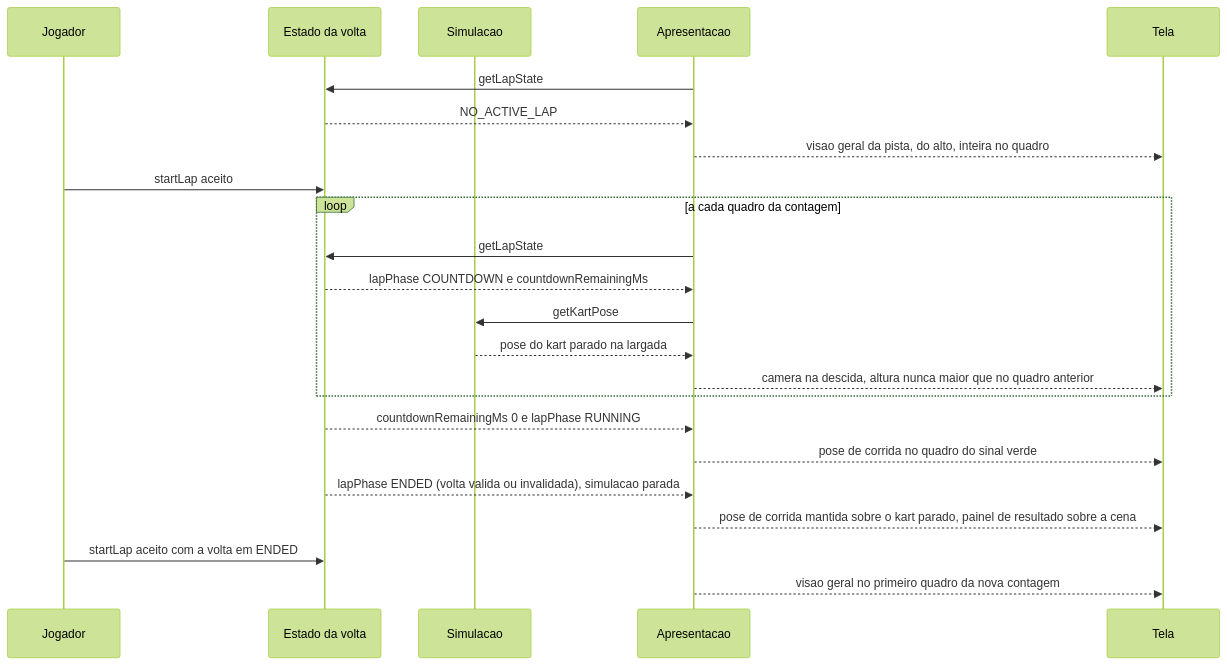
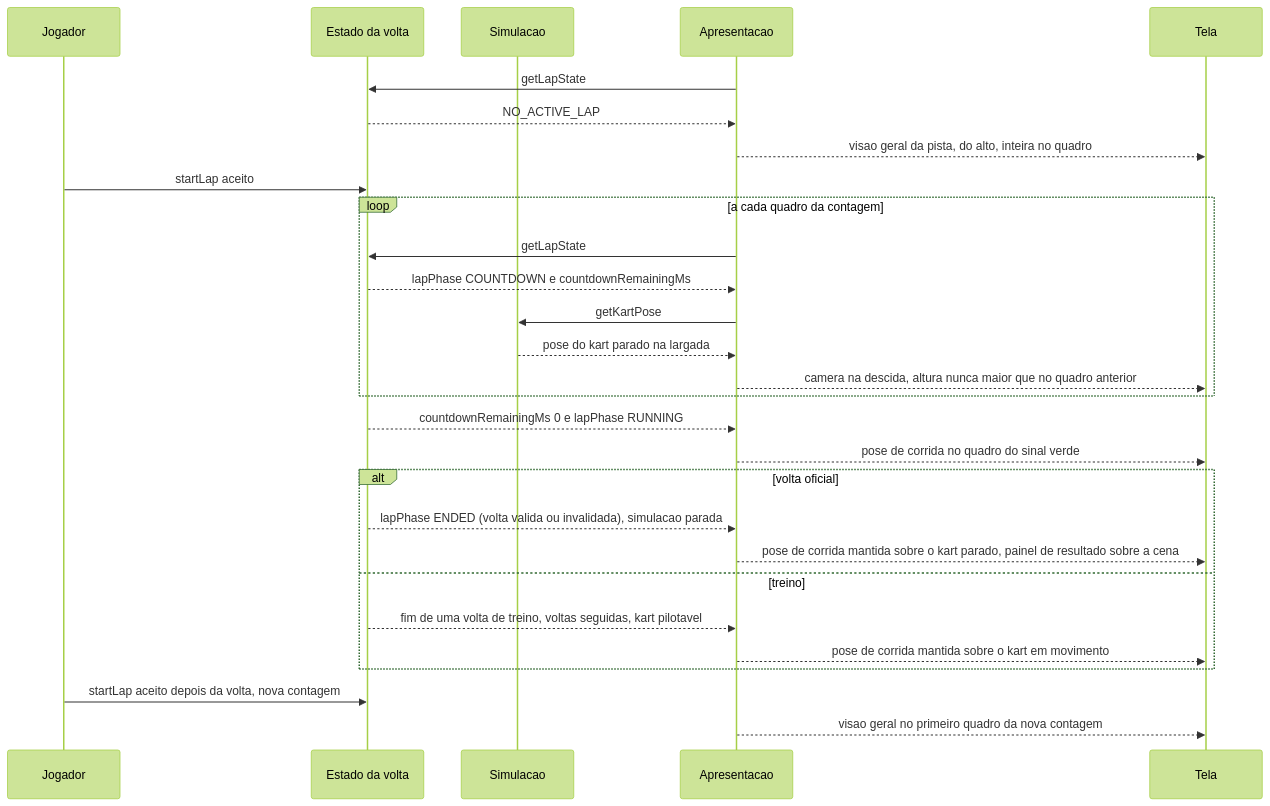
One commit to edumatosr6-svg/kartle-staging changed the diagram in 300 Specs/320 F-Specs/Output/modelo-kart-01/flows/FLOW-0002-largada-visao-geral-descida-e-pose-de-corrida.md. Above: the diagram before and after it, drawn with Mermaid (forest theme). The commit also changed other lines of this file and 16 other files, not shown here.

Commit message:
modelo-kart-01: F-Spec revalidado (sem congelar no treino, sem efeitos de drift e turbo)

````diff
--- a/300 Specs/320 F-Specs/Output/modelo-kart-01/flows/FLOW-0002-largada-visao-geral-descida-e-pose-de-corrida.md
+++ b/300 Specs/320 F-Specs/Output/modelo-kart-01/flows/FLOW-0002-largada-visao-geral-descida-e-pose-de-corrida.md
@@ -24,25 +25,30 @@
 ```mermaid
 sequenceDiagram
     participant J as Jogador
     participant V as Estado da volta
     participant S as Simulacao
     participant A as Apresentacao
     participant T as Tela
     A->>V: getLapState
     V-->>A: NO_ACTIVE_LAP
     A-->>T: visao geral da pista, do alto, inteira no quadro
     J->>V: startLap aceito
     loop a cada quadro da contagem
         A->>V: getLapState
         V-->>A: lapPhase COUNTDOWN e countdownRemainingMs
         A->>S: getKartPose
         S-->>A: pose do kart parado na largada
         A-->>T: camera na descida, altura nunca maior que no quadro anterior
     end
     V-->>A: countdownRemainingMs 0 e lapPhase RUNNING
     A-->>T: pose de corrida no quadro do sinal verde
-    V-->>A: lapPhase ENDED (volta valida ou invalidada), simulacao parada
-    A-->>T: pose de corrida mantida sobre o kart parado, painel de resultado sobre a cena
-    J->>V: startLap aceito com a volta em ENDED
+    alt volta oficial
+        V-->>A: lapPhase ENDED (volta valida ou invalidada), simulacao parada
+        A-->>T: pose de corrida mantida sobre o kart parado, painel de resultado sobre a cena
+    else treino
+        V-->>A: fim de uma volta de treino, voltas seguidas, kart pilotavel
+        A-->>T: pose de corrida mantida sobre o kart em movimento
+    end
+    J->>V: startLap aceito depois da volta, nova contagem
     A-->>T: visao geral no primeiro quadro da nova contagem
 ```
````
